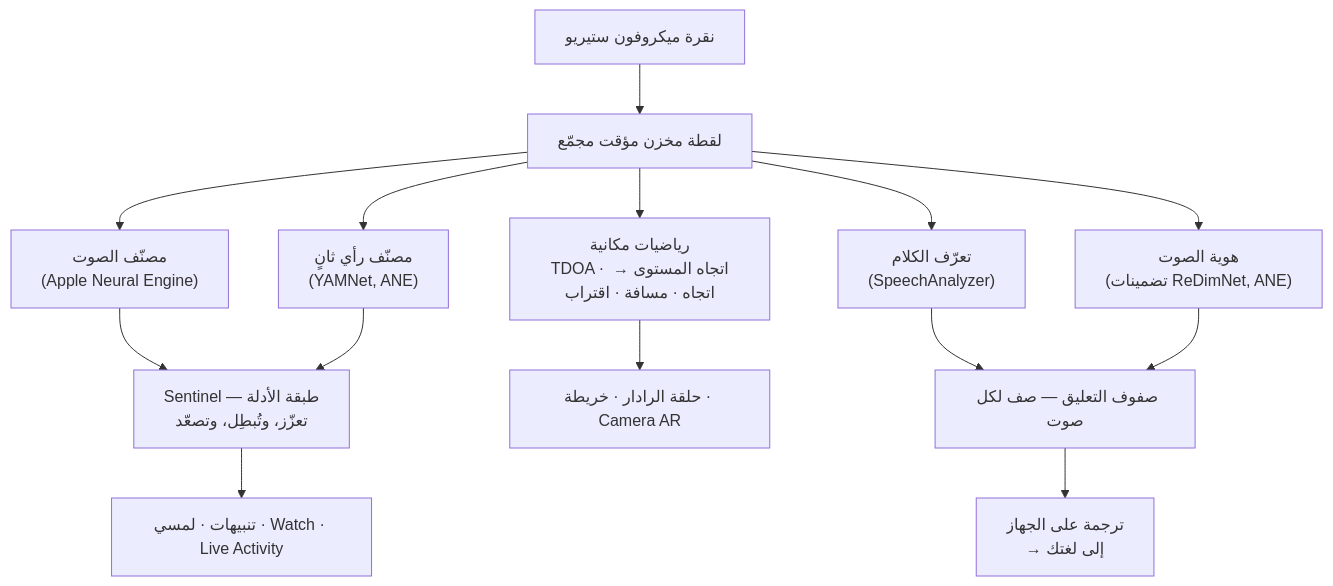
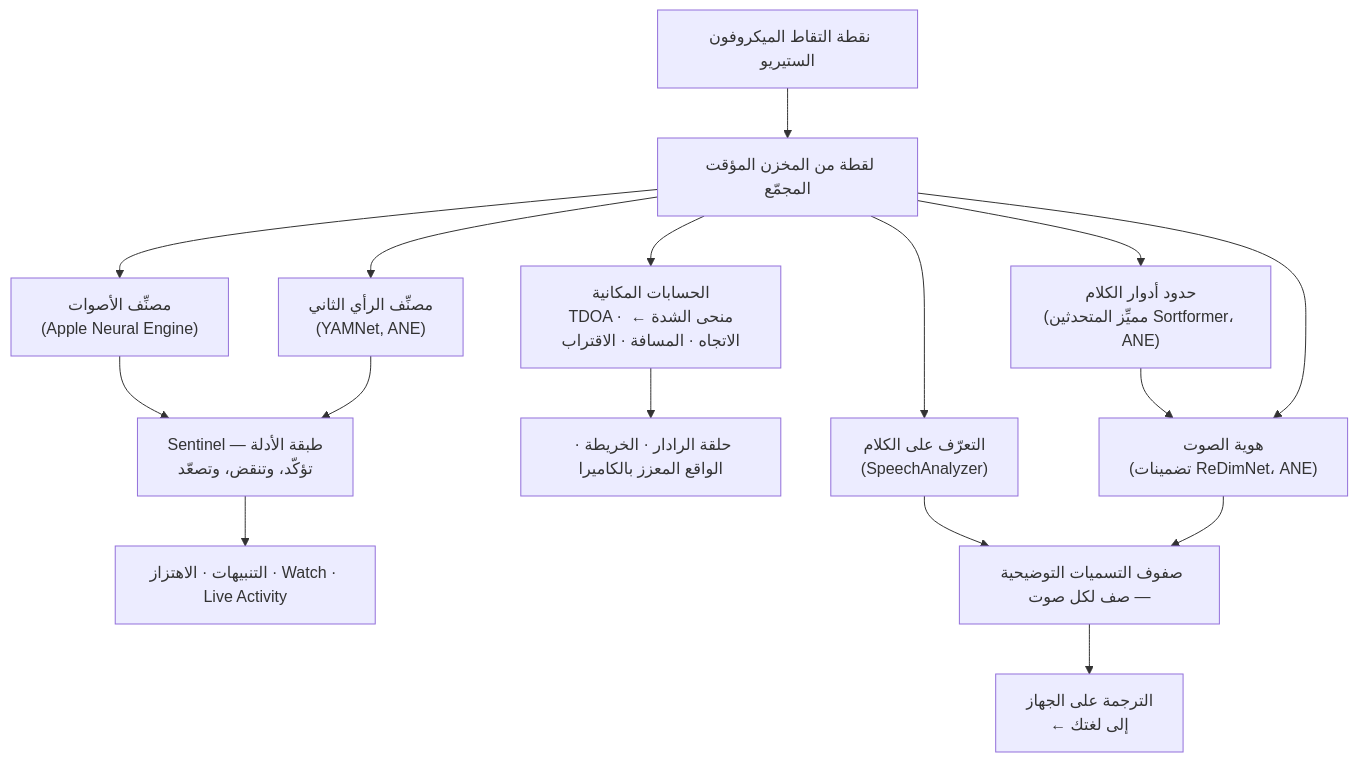
The second of 4 diagrams in README_ar.md (rpalm01-star/VigilantEarLegal), drawn with Mermaid before and after one commit. The commit also changed other lines of this file and 29 other files, not shown here.

````diff
--- a/README_ar.md
+++ b/README_ar.md
@@ -128,16 +134,18 @@
 ```mermaid
 graph TD
-    A["نقرة ميكروفون ستيريو"] --> B["لقطة مخزن مؤقت مجمّع"]
-    B --> C["مصنّف الصوت<br/>(Apple Neural Engine)"]
-    B --> Y["مصنّف رأي ثانٍ<br/>(YAMNet, ANE)"]
-    C --> S["Sentinel — طبقة الأدلة<br/>تعزّز، وتُبطِل، وتصعّد"]
+    A["نقطة التقاط الميكروفون الستيريو"] --> B["لقطة من المخزن المؤقت المجمّع"]
+    B --> C["مصنِّف الأصوات<br/>(Apple Neural Engine)"]
+    B --> Y["مصنِّف الرأي الثاني<br/>(YAMNet, ANE)"]
+    C --> S["Sentinel — طبقة الأدلة<br/>تؤكّد، وتنقض، وتصعّد"]
     Y --> S
-    S --> H["تنبيهات · لمسي · Watch · Live Activity"]
-    B --> D["رياضيات مكانية<br/>TDOA · اتجاه المستوى → اتجاه · مسافة · اقتراب"]
-    D --> R["حلقة الرادار · خريطة · Camera AR"]
-    B --> F["تعرّف الكلام<br/>(SpeechAnalyzer)"]
-    B --> E["هوية الصوت<br/>(تضمينات ReDimNet, ANE)"]
-    F --> G["صفوف التعليق — صف لكل صوت"]
+    S --> H["التنبيهات · الاهتزاز · Watch · Live Activity"]
+    B --> D["الحسابات المكانية<br/>TDOA · منحى الشدة ← الاتجاه · المسافة · الاقتراب"]
+    D --> R["حلقة الرادار · الخريطة · الواقع المعزز بالكاميرا"]
+    B --> F["التعرّف على الكلام<br/>(SpeechAnalyzer)"]
+    B --> N["حدود أدوار الكلام<br/>(مميِّز المتحدثين Sortformer، ANE)"]
+    N --> E["هوية الصوت<br/>(تضمينات ReDimNet، ANE)"]
+    B --> E
+    F --> G["صفوف التسميات التوضيحية — صف لكل صوت"]
     E --> G
-    G --> T["ترجمة على الجهاز<br/>→ إلى لغتك"]
+    G --> T["الترجمة على الجهاز<br/>← إلى لغتك"]
 ```
````
